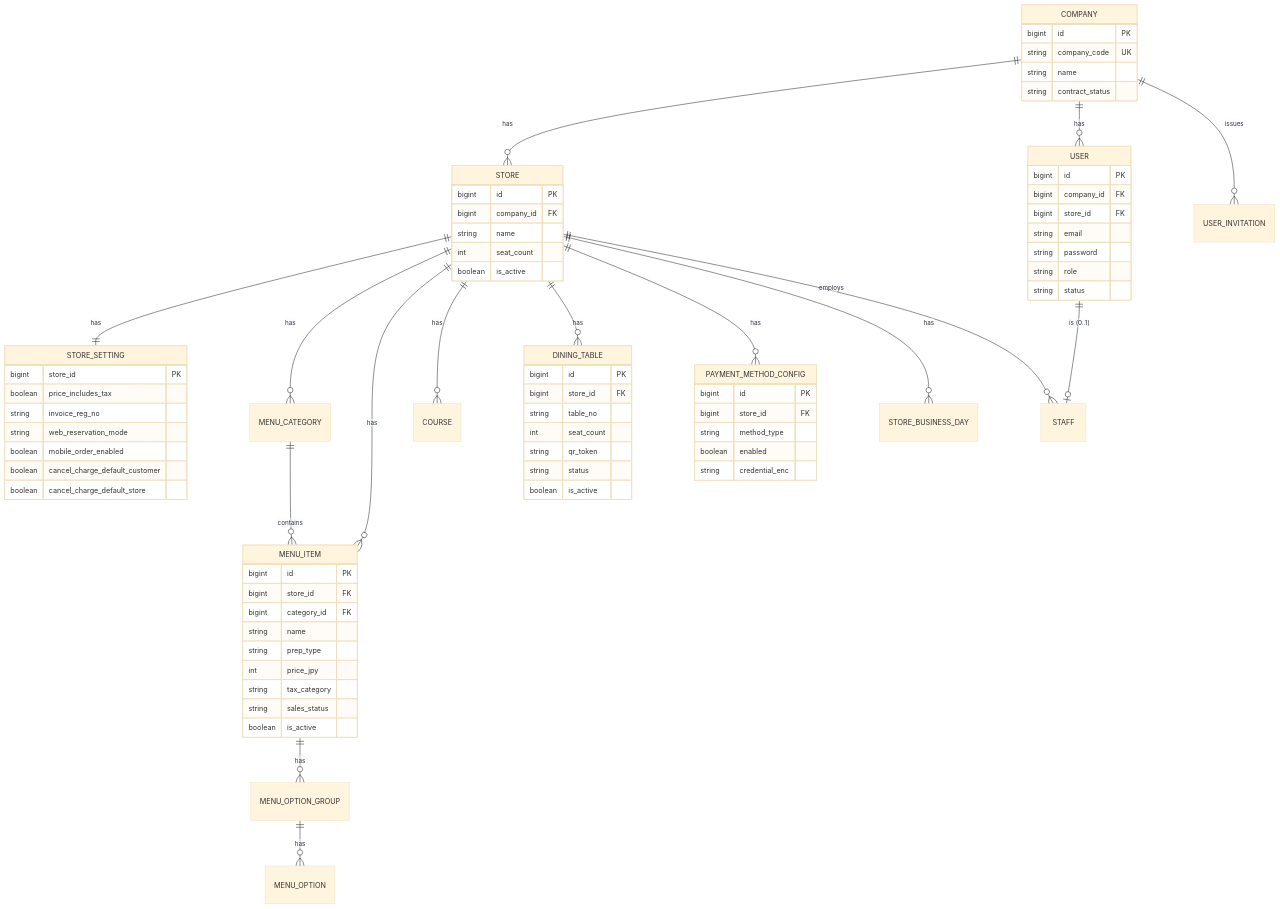
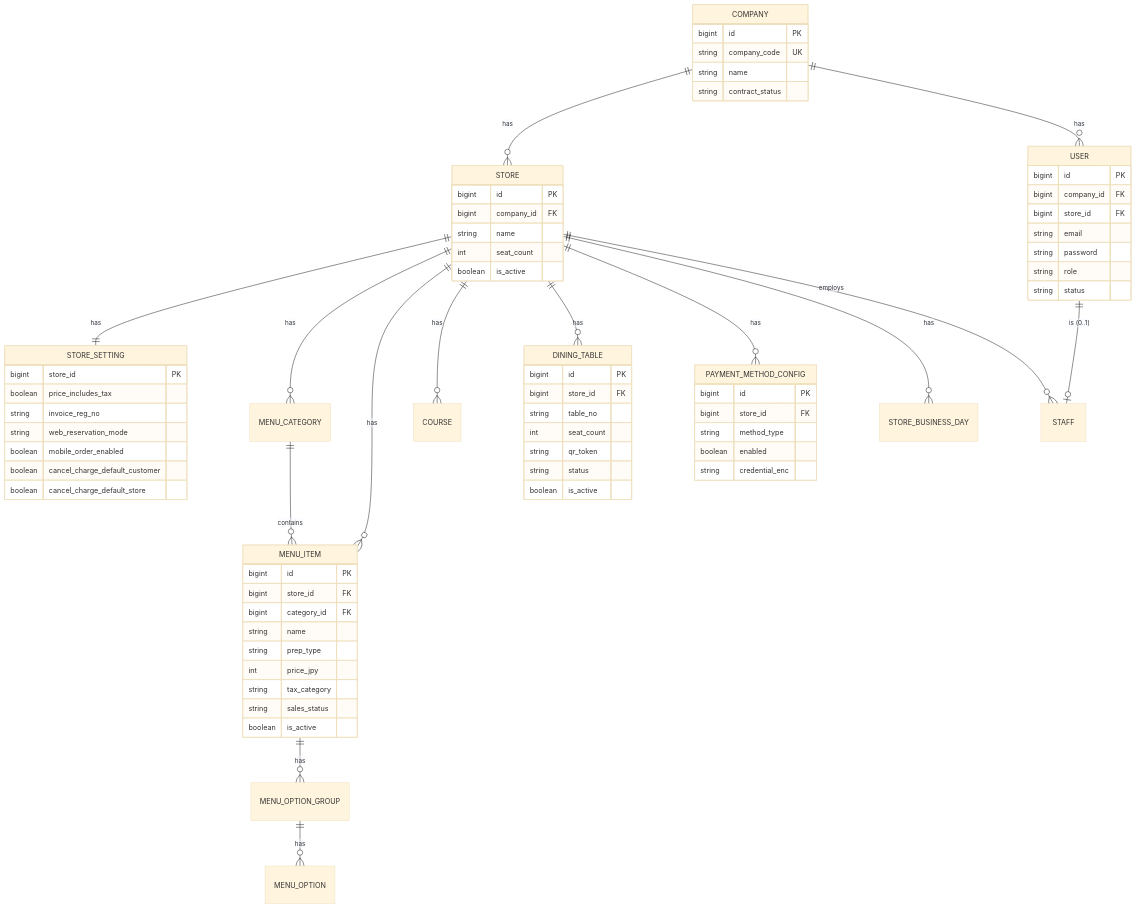
The first of 13 diagrams in docs/03_domain_model.md (kimdance/project6th), drawn with Mermaid (base theme) before and after one commit. The commit also changed other lines of this file and 4 other files, not shown here.

````diff
--- a/docs/03_domain_model.md
+++ b/docs/03_domain_model.md
@@ -138,77 +143,76 @@
 ```mermaid
 erDiagram
     COMPANY ||--o{ STORE : has
     COMPANY ||--o{ USER : has
-    COMPANY ||--o{ USER_INVITATION : issues
     STORE  ||--|| STORE_SETTING : has
     STORE  ||--o{ MENU_CATEGORY : has
     STORE  ||--o{ MENU_ITEM : has
     STORE  ||--o{ COURSE : has
     STORE  ||--o{ DINING_TABLE : has
     STORE  ||--o{ PAYMENT_METHOD_CONFIG : has
     STORE  ||--o{ STORE_BUSINESS_DAY : has
     STORE  ||--o{ STAFF : employs
     MENU_CATEGORY ||--o{ MENU_ITEM : contains
     MENU_ITEM ||--o{ MENU_OPTION_GROUP : has
     MENU_OPTION_GROUP ||--o{ MENU_OPTION : has
     USER ||--o| STAFF : "is (0..1)"
 
     COMPANY {
         bigint id PK
         string company_code UK
         string name
         string contract_status
     }
     STORE {
         bigint id PK
         bigint company_id FK
         string name
         int seat_count
         boolean is_active
     }
     STORE_SETTING {
         bigint store_id PK
         boolean price_includes_tax
         string invoice_reg_no
         string web_reservation_mode
         boolean mobile_order_enabled
         boolean cancel_charge_default_customer
         boolean cancel_charge_default_store
     }
     USER {
         bigint id PK
         bigint company_id FK
         bigint store_id FK
         string email
         string password
         string role
         string status
     }
     MENU_ITEM {
         bigint id PK
         bigint store_id FK
         bigint category_id FK
         string name
         string prep_type
         int price_jpy
         string tax_category
         string sales_status
         boolean is_active
     }
     DINING_TABLE {
         bigint id PK
         bigint store_id FK
         string table_no
         int seat_count
         string qr_token
         string status
         boolean is_active
     }
     PAYMENT_METHOD_CONFIG {
         bigint id PK
         bigint store_id FK
         string method_type
         boolean enabled
         string credential_enc
     }
 ```
````
